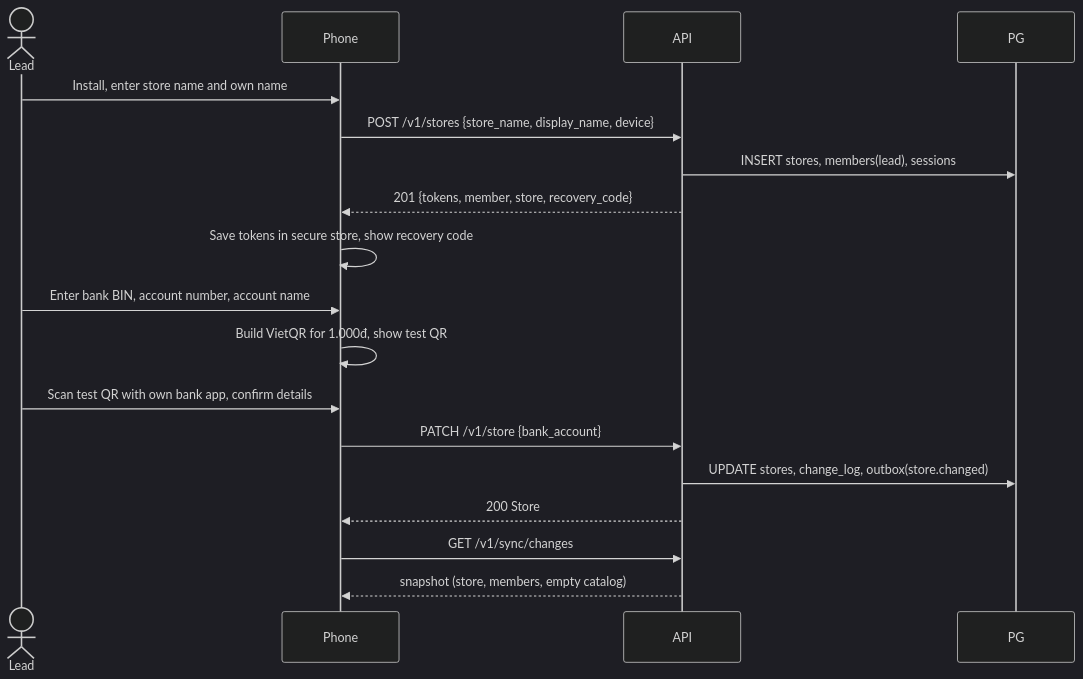
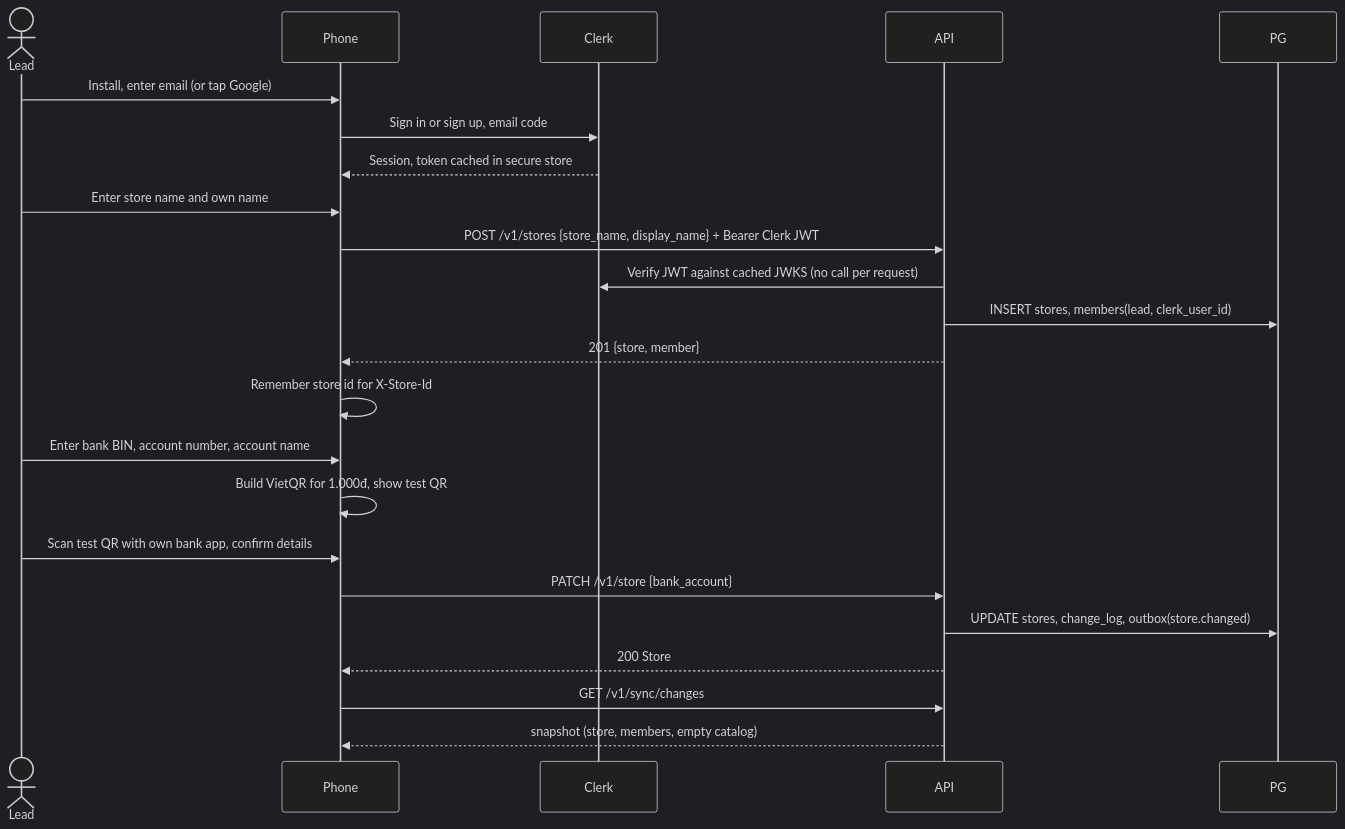
One commit to datamonsterr/taphoa-mini changed the eighth of 16 diagrams in docs/architecture.md. Above: the diagram before and after it, drawn with Mermaid (dark theme). The commit also changed other lines of this file and 2 other files, not shown here.

First line of the commit message:
docs: clerk identity in architecture

````diff
--- a/docs/architecture.md
+++ b/docs/architecture.md
@@ -465,20 +473,25 @@
 ```mermaid
 sequenceDiagram
     actor Lead
     participant Phone
+    participant Clerk
     participant API
     participant PG
-    Lead->>Phone: Install, enter store name and own name
-    Phone->>API: POST /v1/stores {store_name, display_name, device}
-    API->>PG: INSERT stores, members(lead), sessions
-    API-->>Phone: 201 {tokens, member, store, recovery_code}
-    Phone->>Phone: Save tokens in secure store, show recovery code
+    Lead->>Phone: Install, enter email (or tap Google)
+    Phone->>Clerk: Sign in or sign up, email code
+    Clerk-->>Phone: Session, token cached in secure store
+    Lead->>Phone: Enter store name and own name
+    Phone->>API: POST /v1/stores {store_name, display_name} + Bearer Clerk JWT
+    API->>Clerk: Verify JWT against cached JWKS (no call per request)
+    API->>PG: INSERT stores, members(lead, clerk_user_id)
+    API-->>Phone: 201 {store, member}
+    Phone->>Phone: Remember store id for X-Store-Id
     Lead->>Phone: Enter bank BIN, account number, account name
     Phone->>Phone: Build VietQR for 1.000đ, show test QR
     Lead->>Phone: Scan test QR with own bank app, confirm details
     Phone->>API: PATCH /v1/store {bank_account}
     API->>PG: UPDATE stores, change_log, outbox(store.changed)
     API-->>Phone: 200 Store
     Phone->>API: GET /v1/sync/changes
     API-->>Phone: snapshot (store, members, empty catalog)
 ```
````
